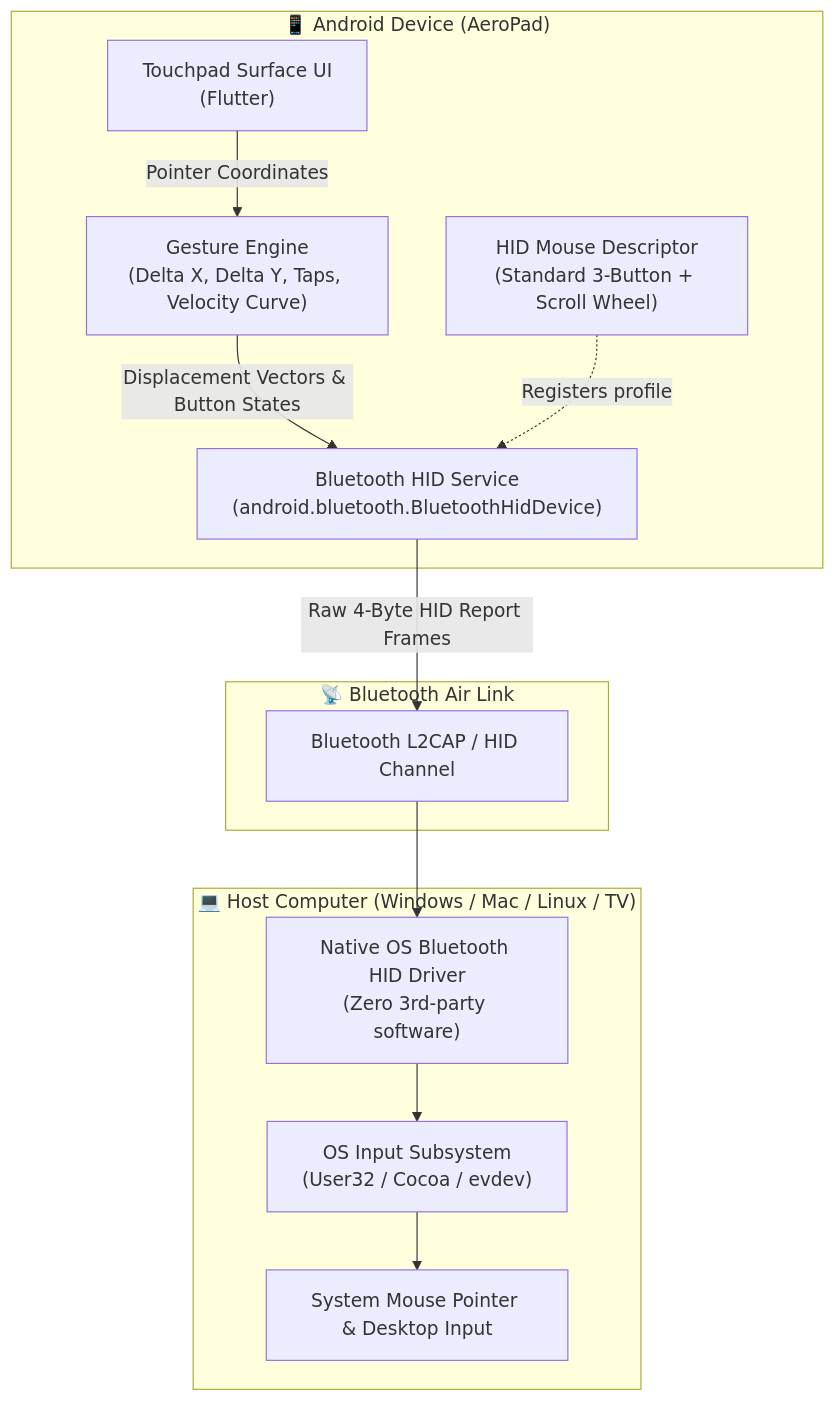
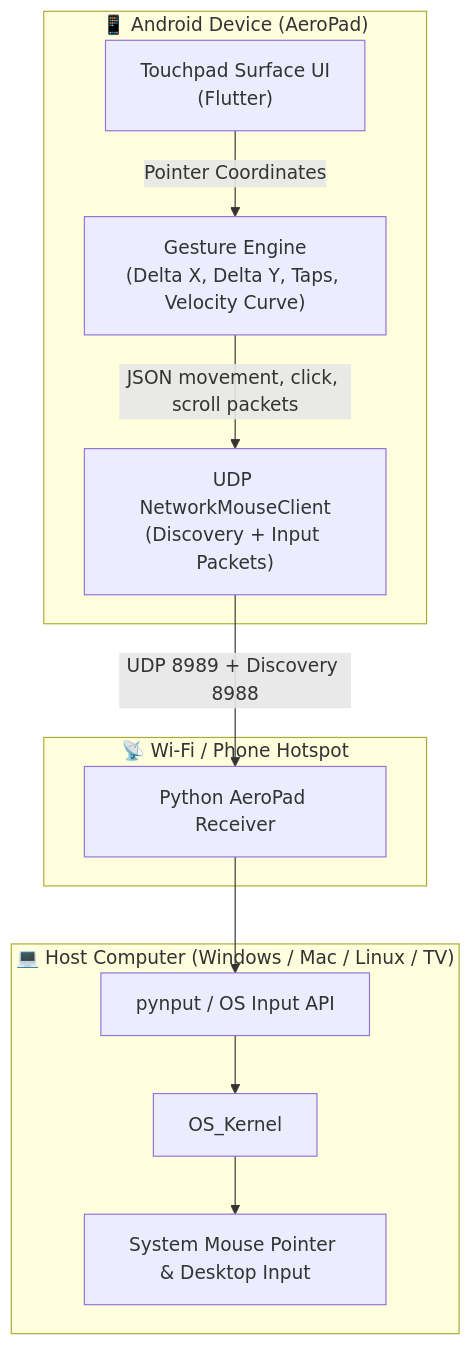
The first of 2 diagrams in README.md (abhi963007/Aeropad), drawn with Mermaid before and after one commit. The commit also changed other lines of this file and 12 other files, not shown here.

Commit message:
feat: implement Wi-Fi UDP receiver, minimalist UI, and double-tap drag-and-drop

````diff
--- a/README.md
+++ b/README.md
@@ -79,27 +78,24 @@
 ```mermaid
 flowchart TD
     subgraph MobileApp ["📱 Android Device (AeroPad)"]
         UI["Touchpad Surface UI\n(Flutter)\n"]
         GE["Gesture Engine\n(Delta X, Delta Y, Taps, Velocity Curve)"]
-        HID_Service["Bluetooth HID Service\n(android.bluetooth.BluetoothHidDevice)"]
-        Descriptor["HID Mouse Descriptor\n(Standard 3-Button + Scroll Wheel)"]
+        Network["UDP NetworkMouseClient\n(Discovery + Input Packets)"]
 
         UI -->|Pointer Coordinates| GE
-        GE -->|Displacement Vectors & Button States| HID_Service
-        Descriptor -.->|Registers profile| HID_Service
+        GE -->|JSON movement, click, scroll packets| Network
     end
 
-    subgraph RadioLayer ["📡 Bluetooth Air Link"]
-        HID_Service -->|Raw 4-Byte HID Report Frames| L2CAP["Bluetooth L2CAP / HID Channel"]
+    subgraph RadioLayer ["📡 Wi-Fi / Phone Hotspot"]
+        Network -->|UDP 8989 + Discovery 8988| Receiver["Python AeroPad Receiver"]
     end
 
     subgraph HostSystem ["💻 Host Computer (Windows / Mac / Linux / TV)"]
-        OS_Driver["Native OS Bluetooth HID Driver\n(Zero 3rd-party software)"]
-        OS_Kernel["OS Input Subsystem\n(User32 / Cocoa / evdev)"]
+        OS_Driver["pynput / OS Input API"]
         Cursor["System Mouse Pointer & Desktop Input"]
 
-        L2CAP --> OS_Driver
+        Receiver --> OS_Driver
         OS_Driver --> OS_Kernel
         OS_Kernel --> Cursor
     end
 ```
````
